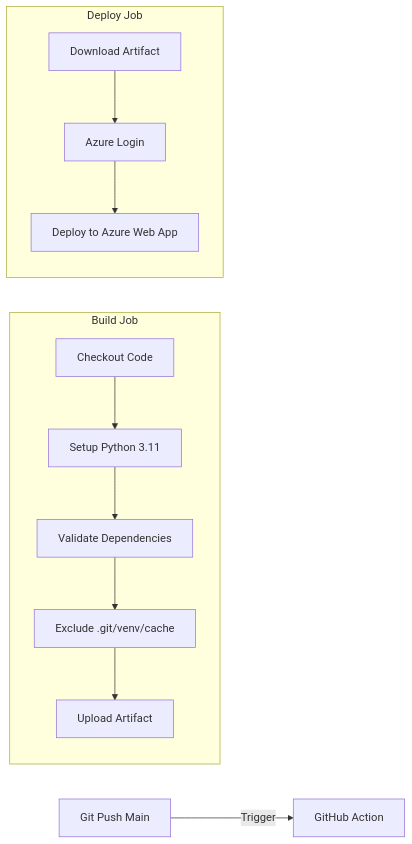
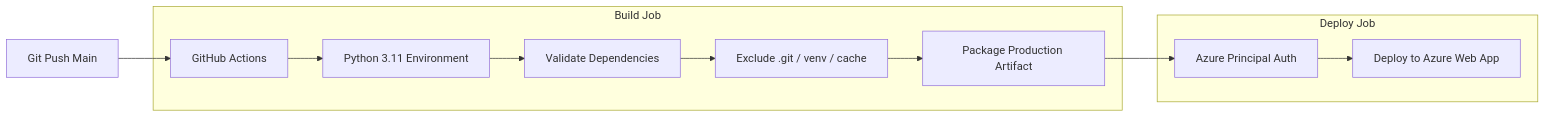
One commit to Agrannya-Singh/Semantic-Recommendation-Service changed the third of 3 diagrams in whitepaper.md. Above: the diagram before and after it, drawn with Mermaid. The commit also changed other lines of this file and 1 other file, not shown here.

Commit message:
docs: add LLM-as-a-Judge technical specification and update whitepaper with evaluation architecture details

````diff
--- a/whitepaper.md
+++ b/whitepaper.md
@@ -126,19 +128,16 @@
 ```mermaid
 graph LR
-    Push[Git Push Main] -->|Trigger| Action[GitHub Action]
+    Push[Git Push Main] --> CI[GitHub Actions]
     
     subgraph Build Job
-        Checkout[Checkout Code] --> Setup[Setup Python 3.11]
-        Setup --> Validate[Validate Dependencies]
-        Validate --> Slim[Exclude .git/venv/cache]
-        Slim --> Upload[Upload Artifact]
+        CI --> Py[Python 3.11 Environment]
+        Py --> Dep[Validate Dependencies]
+        Dep --> Slim[Exclude .git / venv / cache]
+        Slim --> Zip[Package Production Artifact]
     end
     
     subgraph Deploy Job
-        Download[Download Artifact] --> Auth[Azure Login]
+        Zip --> Auth[Azure Principal Auth]
         Auth --> Release[Deploy to Azure Web App]
     end
-    
-  
-
 ```
````
